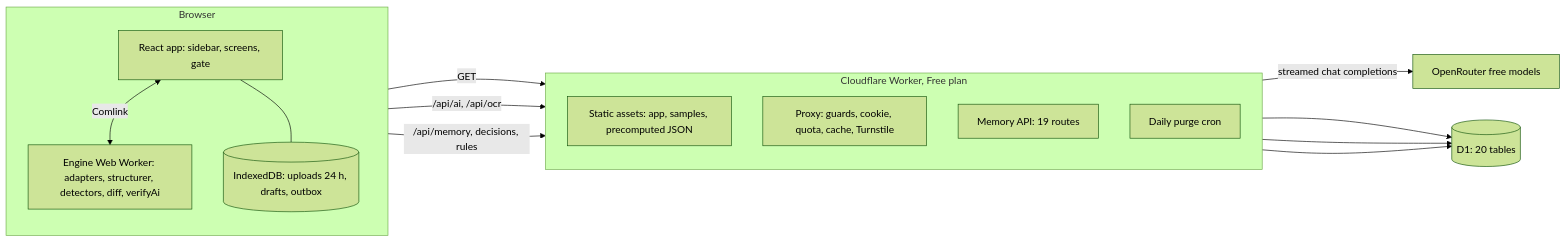
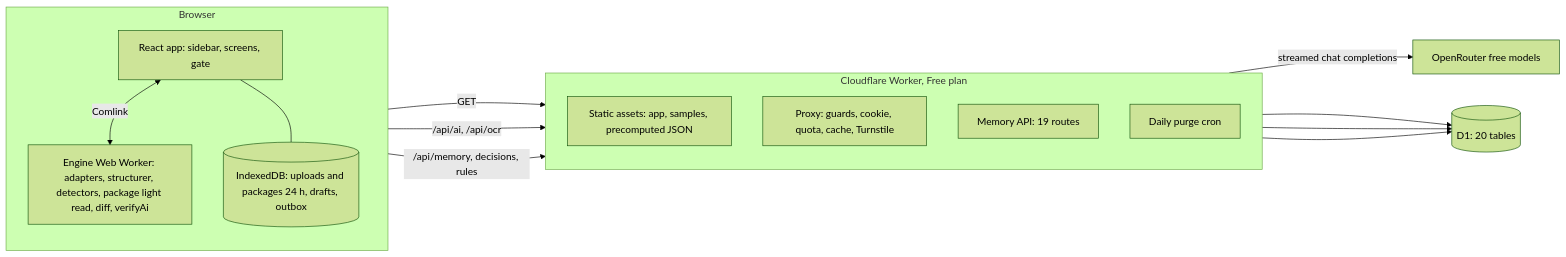
Before and after one commit to itsjiathao0912/preflight-legal-reviewer-anduin-transaction: the diagram in docs/architecture/README.md, drawn with Mermaid (forest theme). The commit also changed other lines of this file and 12 other files, not shown here.

Commit message:
docs: Fund Package Intake live (3d2c7301) — README, architecture, walkthrough, samples

````diff
--- a/docs/architecture/README.md
+++ b/docs/architecture/README.md
@@ -23,27 +23,27 @@
 ```mermaid
 flowchart LR
   subgraph BR["Browser"]
     direction TB
     UI["React app: sidebar, screens, gate"]
-    WW["Engine Web Worker: adapters, structurer, detectors, diff, verifyAi"]
-    IDB[("IndexedDB: uploads 24 h, drafts, outbox")]
+    WW["Engine Web Worker: adapters, structurer, detectors, package light read, diff, verifyAi"]
+    IDB[("IndexedDB: uploads and packages 24 h, drafts, outbox")]
     UI <-- "Comlink" --> WW
     UI --- IDB
   end
   subgraph CF["Cloudflare Worker, Free plan"]
     direction TB
     AS["Static assets: app, samples, precomputed JSON"]
     PX["Proxy: guards, cookie, quota, cache, Turnstile"]
     MA["Memory API: 19 routes"]
     CR["Daily purge cron"]
   end
   D1[("D1: 20 tables")]
   OR["OpenRouter free models"]
   UI -- "GET" --> AS
   UI -- "/api/ai, /api/ocr" --> PX
   UI -- "/api/memory, decisions, rules" --> MA
   PX -- "streamed chat completions" --> OR
   PX --> D1
   MA --> D1
   CR --> D1
 ```
````
